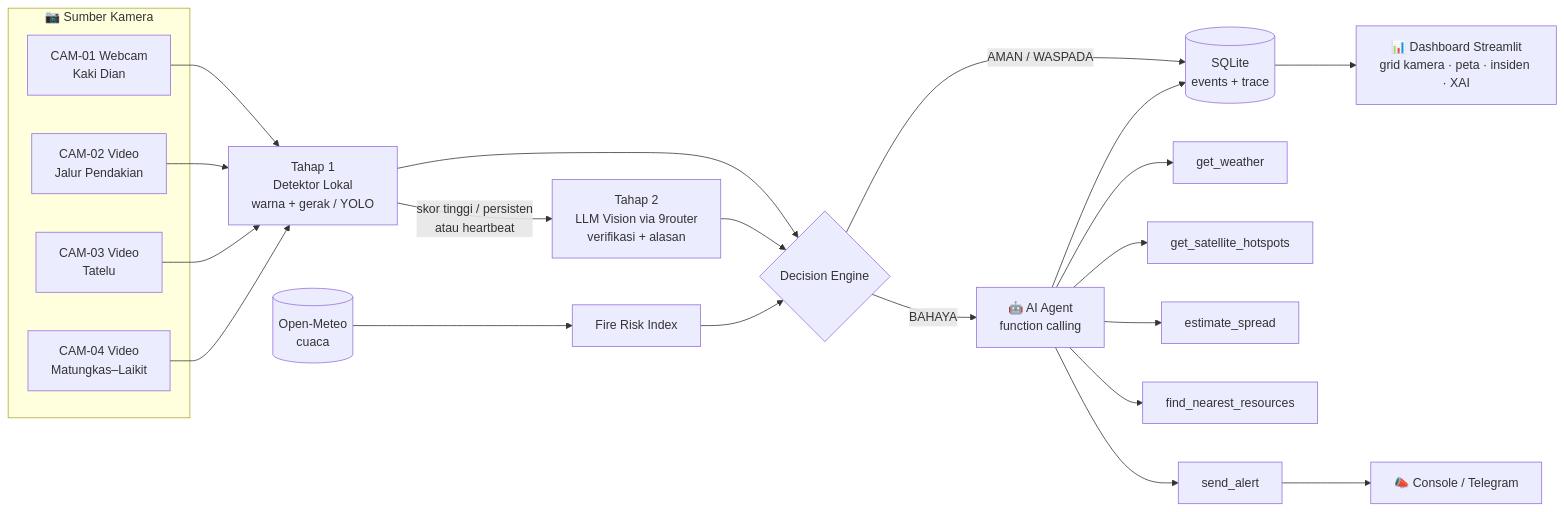
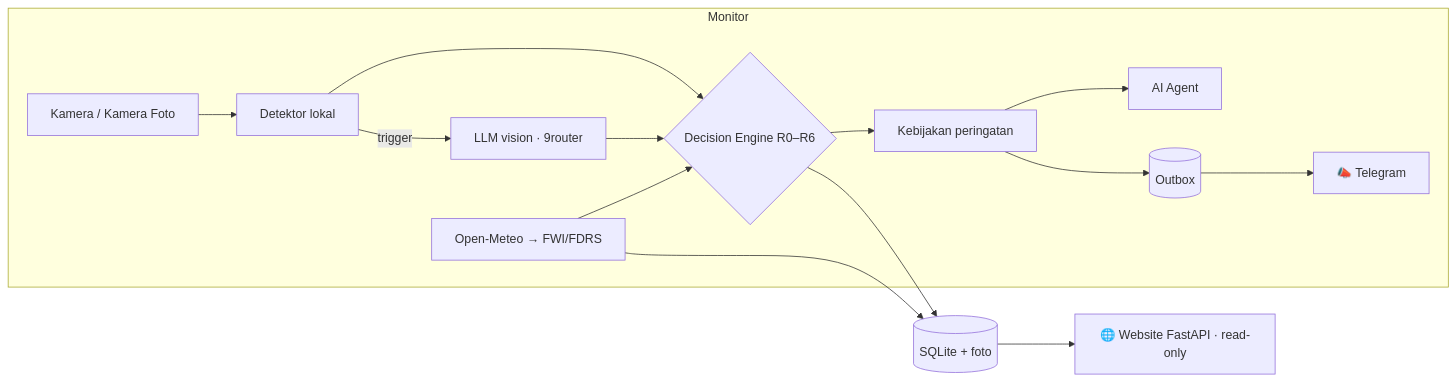
The diagram in README.md (tmthyjw23/MataKlabat), drawn with Mermaid before and after one commit. The commit also changed other lines of this file and 9 other files, not shown here.

First line of the commit message:
docs: v2 README, DEMO checklist, ARCHITECTURE, AGENTS, PRD (T15)

````diff
--- a/README.md
+++ b/README.md
@@ -46,26 +46,16 @@
 ```mermaid
 flowchart LR
-    subgraph Kamera["📷 Sumber Kamera"]
-        C1[CAM-01 Webcam<br/>Kaki Dian]
-        C2[CAM-02 Video<br/>Jalur Pendakian]
-        C3[CAM-03 Video<br/>Tatelu]
-        C4[CAM-04 Video<br/>Matungkas–Laikit]
+    subgraph monitor["Monitor"]
+      CAM[Kamera / Kamera Foto] --> DET[Detektor lokal]
+      DET -->|trigger| LLM[LLM vision · 9router]
+      DET --> DEC{Decision Engine R0–R6}
+      LLM --> DEC
+      WX[Open-Meteo → FWI/FDRS] --> DEC
+      DEC --> ALERT[Kebijakan peringatan]
+      ALERT --> AGENT[AI Agent]
+      ALERT --> OUT[(Outbox)] --> TG[📣 Telegram]
     end
-
-    C1 & C2 & C3 & C4 --> S1[Tahap 1<br/>Detektor Lokal<br/>warna + gerak / YOLO]
-    S1 -- skor tinggi / persisten<br/>atau heartbeat --> S2[Tahap 2<br/>LLM Vision via 9router<br/>verifikasi + alasan]
-    W[(Open-Meteo<br/>cuaca)] --> R[Fire Risk Index]
-    S1 --> D{Decision Engine}
-    S2 --> D
-    R --> D
-    D -- AMAN / WASPADA --> DB[(SQLite<br/>events + trace)]
-    D -- BAHAYA --> AG[🤖 AI Agent<br/>function calling]
-    AG --> T1[get_weather]
-    AG --> T2[get_satellite_hotspots]
-    AG --> T3[estimate_spread]
-    AG --> T4[find_nearest_resources]
-    AG --> T5[send_alert]
-    AG --> DB
-    T5 --> N[📣 Console / Telegram]
-    DB --> UI[📊 Dashboard Streamlit<br/>grid kamera · peta · insiden · XAI]
+    DEC --> DB[(SQLite + foto)]
+    WX --> DB
+    DB --> WEB[🌐 Website FastAPI · read-only]
 ```
````
